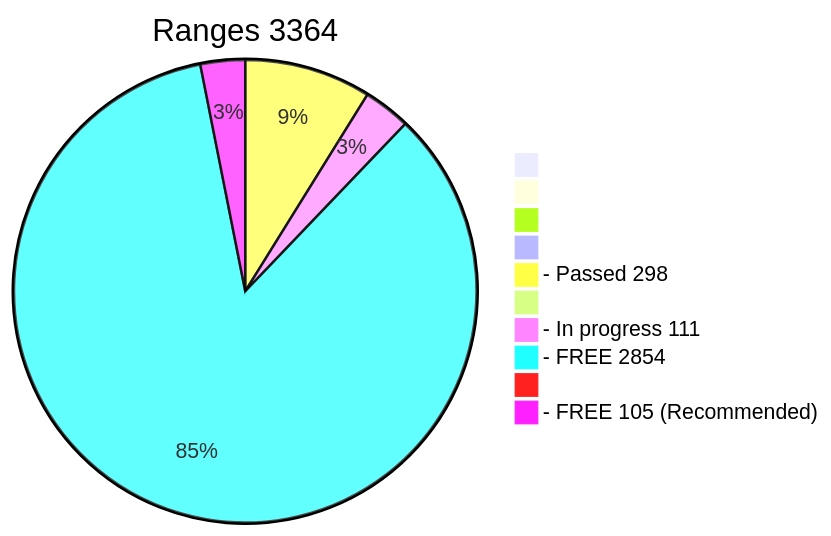
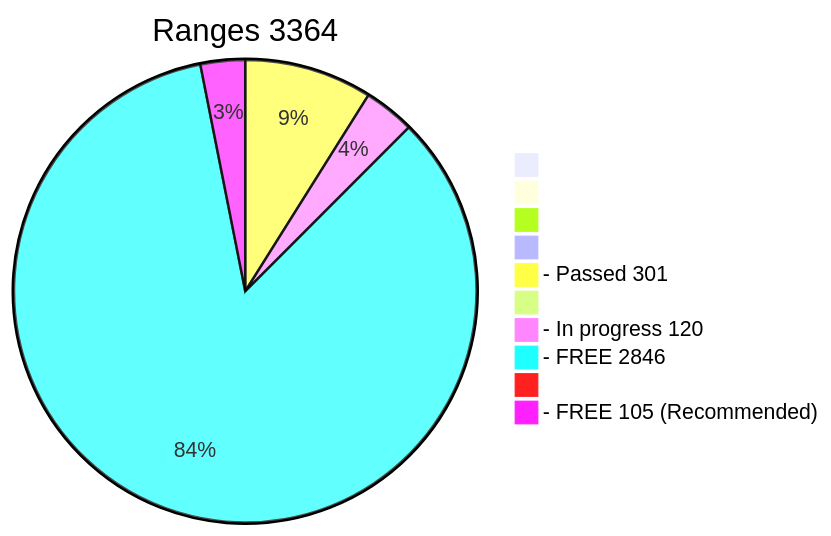
One commit to phrutis/wif500 changed the diagram in x64/Release/table.md. Above: the diagram before and after it, drawn with Mermaid. The commit also changed other lines of this file, not shown here.

````diff
--- a/x64/Release/table.md
+++ b/x64/Release/table.md
@@ -2,13 +2,13 @@
 ```mermaid
 pie title Ranges 3364
   " " : 0
   "  " : 0
   "   " : 0
   "    " : 0
-  "- Passed 298" : 298
+  "- Passed 301" : 301
   "     " : 0
-  "- In progress 111" : 111
-  "- FREE 2854" : 2854
+  "- In progress 120" : 120
+  "- FREE 2846" : 2846
   "      " : 0
   "- FREE 105 (Recommended)" : 105
 ```
````
